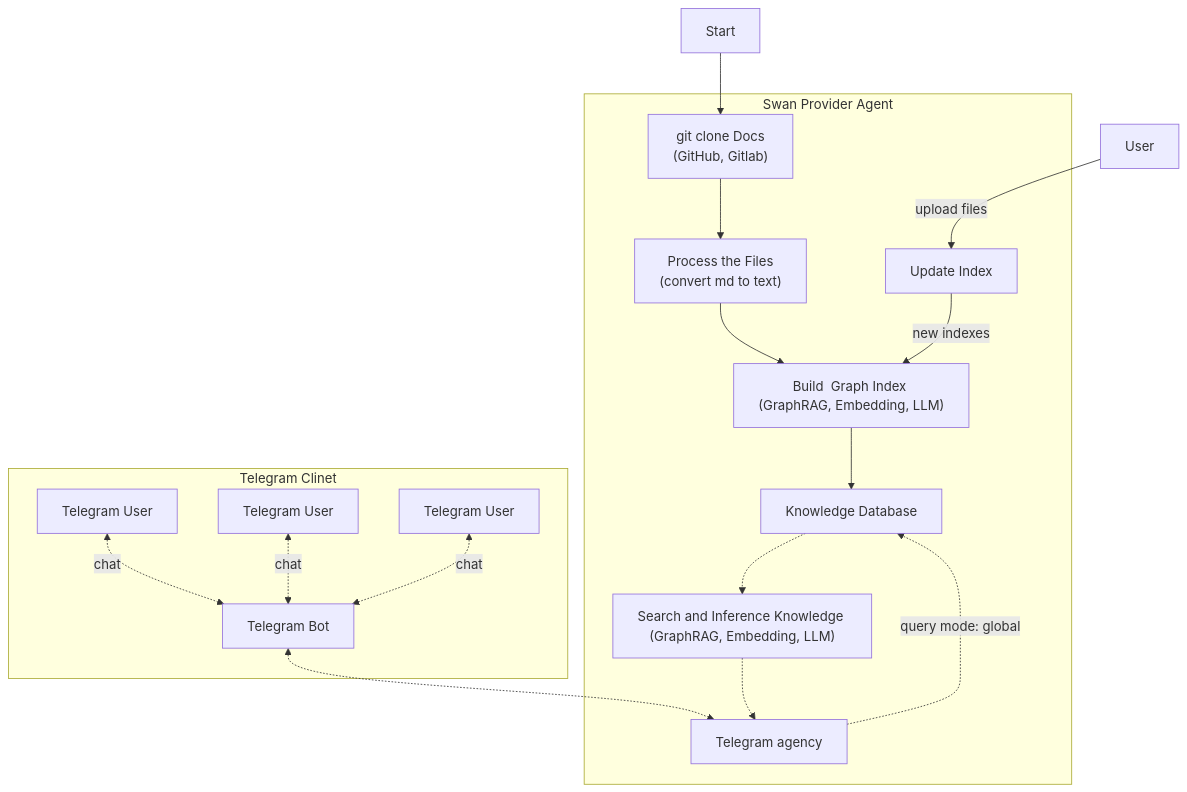
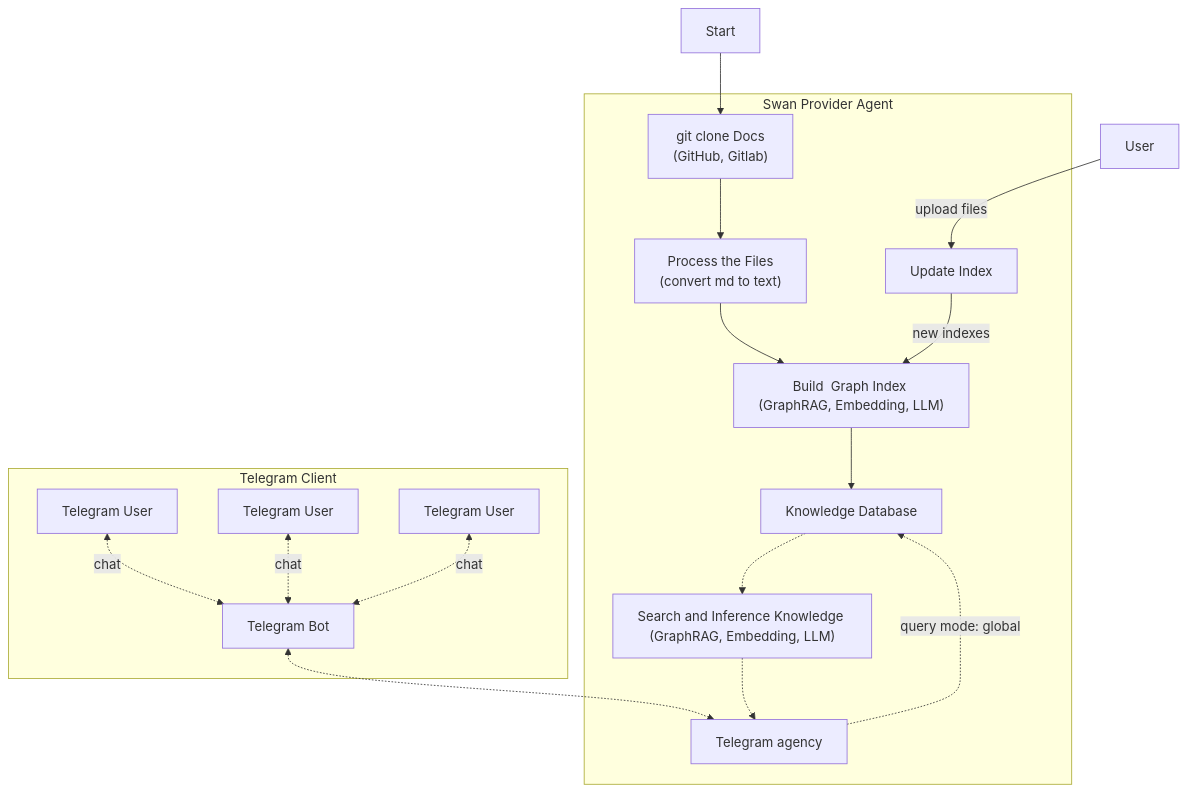
One commit to FogMeta/swan-provider-agent changed the diagram in readme.md. Above: the diagram before and after it, drawn with Mermaid.

````diff
--- a/readme.md
+++ b/readme.md
@@ -45,30 +45,30 @@
 ```mermaid
 graph TD
     subgraph SPA[Swan Provider Agent]
         B["git clone Docs <br>(GitHub, Gitlab)"]
         B --> C["Process the Files <br>(convert md to text)"]
         C --> D["Build  Graph Index <br>(GraphRAG,&#160Embedding,&#160LLM)"]
         D --> DB[Knowledge Database]
         TGA[Telegram agency]
 
         D
         F[Update Index]
         S["Search&#160and&#160Inference&#160Knowledge <br>(GraphRAG,&#160Embedding,&#160LLM)"]
     end
 
-    subgraph Telegram Clinet
+    subgraph Telegram Client
     G[Telegram User]
     G1[Telegram User]
     G2[Telegram User]
     E[Telegram Bot]
     end
 
     A[Start] --> B
     U[User] --upload files--> F
     F --> |new indexes| D
     G[Telegram User] <-.->|chat| E
     G1<-.->|chat| E
     G2<-.->|chat| E
     E <-.-> TGA -.-> |query mode: global| DB -.->S -.-> TGA
 
 ```
````
